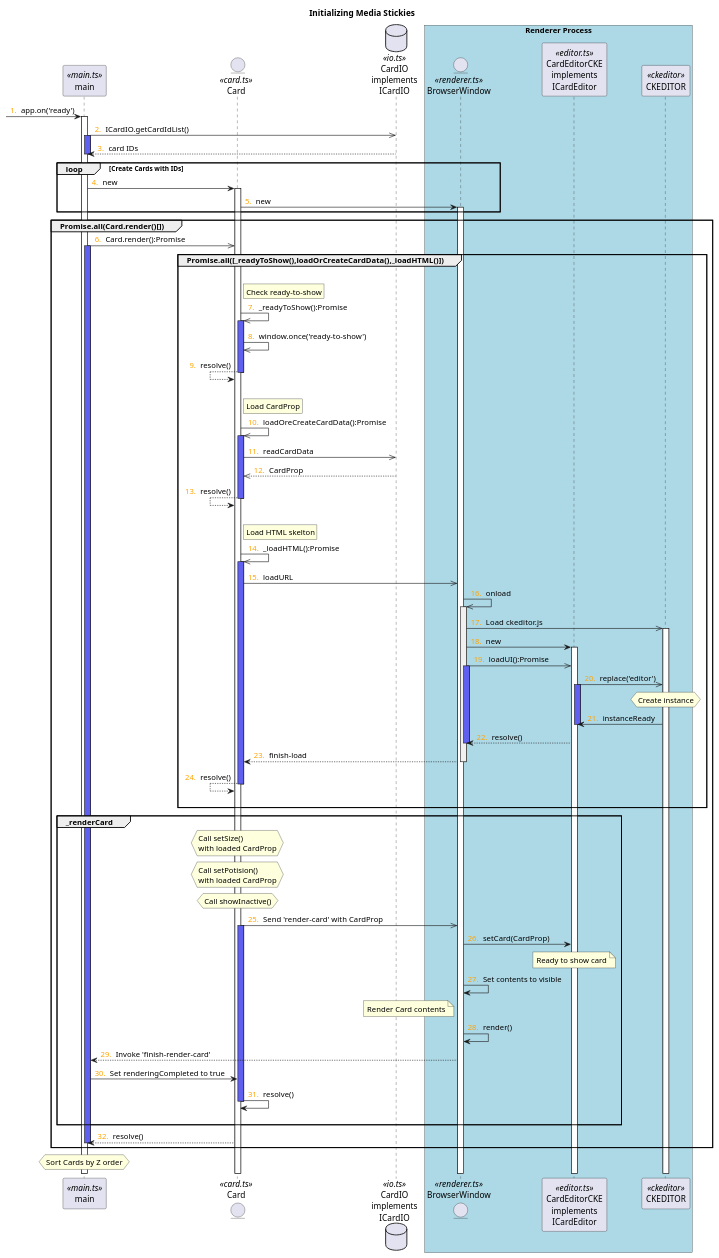
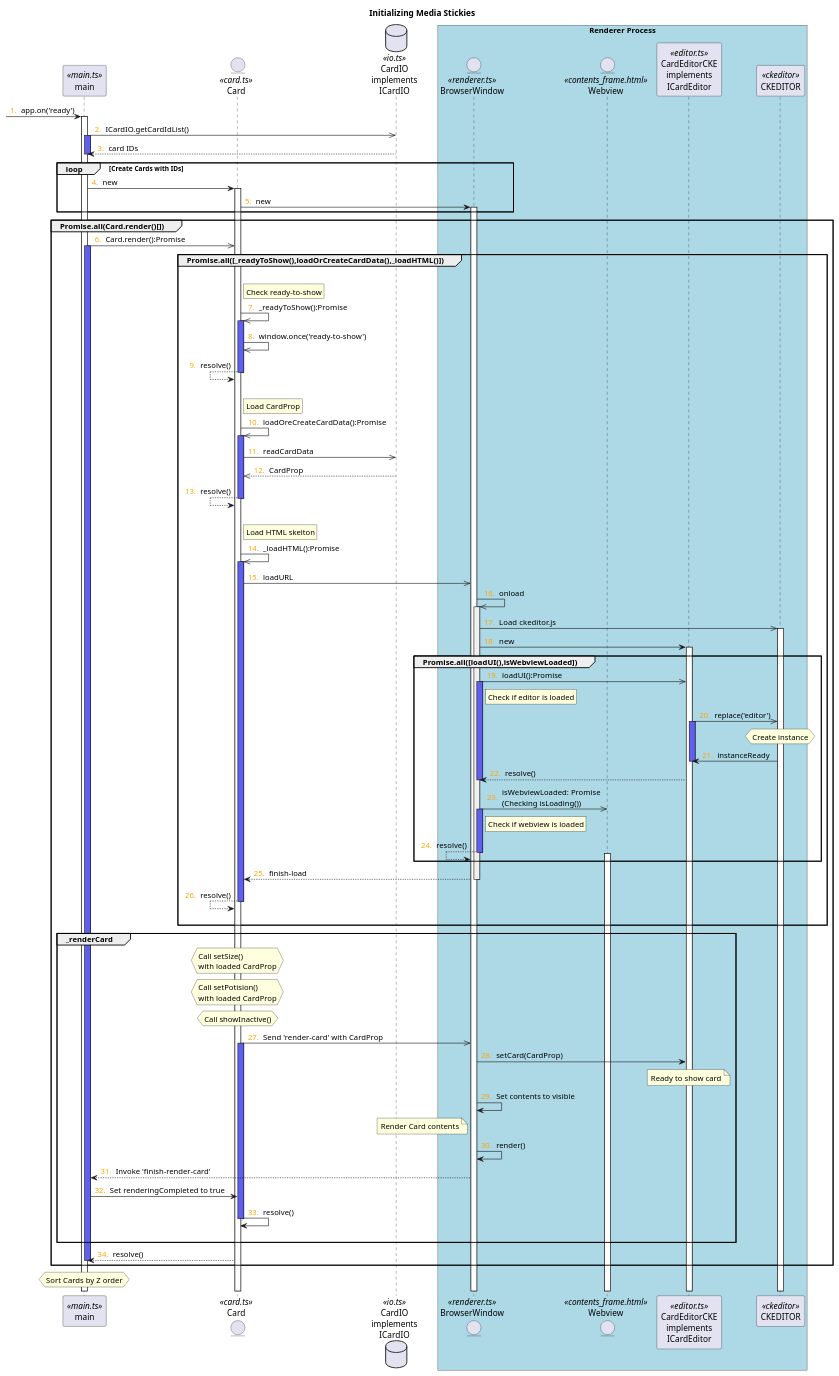
One commit to canal874/sticky-sprites changed the diagram in doc/initializing.puml. Above: the diagram before and after it, drawn with PlantUML.

Commit message:
update: Update sequence diagram

```diff
--- a/doc/initializing.puml
+++ b/doc/initializing.puml
@@ -2,95 +2,108 @@
 @startuml
 title Initializing Media Stickies
 
 autonumber "<font color=orange>0. "
 participant main <<main.ts>> order 10
 entity Card <<card.ts>> order 20
 database ICardIO as "CardIO\nimplements\nICardIO" <<io.ts>> order 50
 box "Renderer Process" #LightBlue
   entity BrowserWindow <<renderer.ts>> order 100
-  participant ICardEditor as "CardEditorCKE\nimplements\nICardEditor" <<editor.ts>> order 110
-  participant CKEDITOR <<ckeditor>> order 111
+  entity Webview <<contents_frame.html>> order 101
+  participant ICardEditor as "CardEditorCKE\nimplements\nICardEditor" <<editor.ts>> order 111
+  participant CKEDITOR <<ckeditor>> order 112
 end box 
 
 [-> main: app.on('ready')
 activate main
 
 main ->>ICardIO: ICardIO.getCardIdList()
 activate main #6060f0
 main <-- ICardIO: card IDs
 deactivate main
 loop Create Cards with IDs
   main -> Card: new
   activate Card
   Card -> BrowserWindow: new
   activate BrowserWindow
 end
 
 group Promise.all(Card.render()[])
   main ->> Card: Card.render():Promise
   activate main #6060f0  
   group Promise.all([_readyToShow(),loadOrCreateCardData(),_loadHTML()])    
     |||
     rnote right Card: Check ready-to-show
     Card ->> Card: _readyToShow():Promise
     activate Card  #6060f0
     Card ->> Card: window.once('ready-to-show')
     Card <-- Card: resolve()
     deactivate Card
     |||
     rnote Right Card: Load CardProp        
     Card ->> Card: loadOreCreateCardData():Promise
     activate Card  #6060f0
     Card ->> ICardIO: readCardData
     Card <<-- ICardIO: CardProp
     Card <-- Card: resolve()
     deactivate Card
     |||
     rnote Right Card: Load HTML skelton
     Card ->> Card: _loadHTML():Promise
     activate Card  #6060f0
     Card ->> BrowserWindow: loadURL
       BrowserWindow ->> BrowserWindow: onload
         activate BrowserWindow #f0f0f0
         BrowserWindow ->> CKEDITOR: Load ckeditor.js
         activate CKEDITOR
         BrowserWindow -> ICardEditor: new
         activate ICardEditor
+
+        group Promise.all([loadUI(),isWebviewLoaded])    
         BrowserWindow ->> ICardEditor: loadUI():Promise
+          rnote Right BrowserWindow: Check if editor is loaded
           activate BrowserWindow #6060f0
           ICardEditor ->> CKEDITOR: replace('editor')
             activate ICardEditor #6060f0
             hnote over CKEDITOR: Create instance
             ICardEditor <- CKEDITOR: instanceReady
             deactivate ICardEditor
-            BrowserWindow <-- ICardEditor: resolve()            
+            BrowserWindow <-- ICardEditor: resolve()
           deactivate BrowserWindow
+
+        BrowserWindow ->> Webview: isWebviewLoaded: Promise\n(Checking isLoading())
+          rnote Right BrowserWindow: Check if webview is loaded
+          activate BrowserWindow #6060f0
+        BrowserWindow <-- BrowserWindow: resolve()      
+        activate Webview
+        deactivate BrowserWindow
+        end
+
         Card <-- BrowserWindow: finish-load
         deactivate BrowserWindow
     Card <-- Card: resolve()
     deactivate Card
     |||
   end
 
   group _renderCard
     hnote over Card: Call setSize()\nwith loaded CardProp
     hnote over Card: Call setPotision()\nwith loaded CardProp
     hnote over Card: Call showInactive()
     Card ->> BrowserWindow: Send 'render-card' with CardProp
     activate Card #6060f0
     BrowserWindow -> ICardEditor: setCard(CardProp)
     note over ICardEditor: Ready to show card
     BrowserWindow -> BrowserWindow: Set contents to visible
     note left BrowserWindow: Render Card contents
     BrowserWindow -> BrowserWindow: render()
     main <-- BrowserWindow: Invoke 'finish-render-card'
     main -> Card: Set renderingCompleted to true
     Card -> Card: resolve()
     deactivate Card
     |||
   end
   main <-- Card: resolve()
   deactivate main
 end 
 hnote over main: Sort Cards by Z order
 @enduml
```
